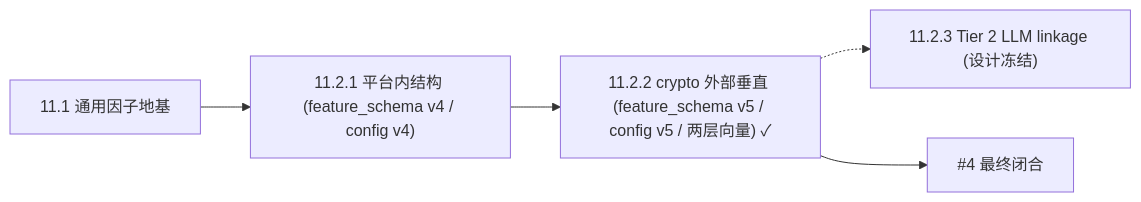
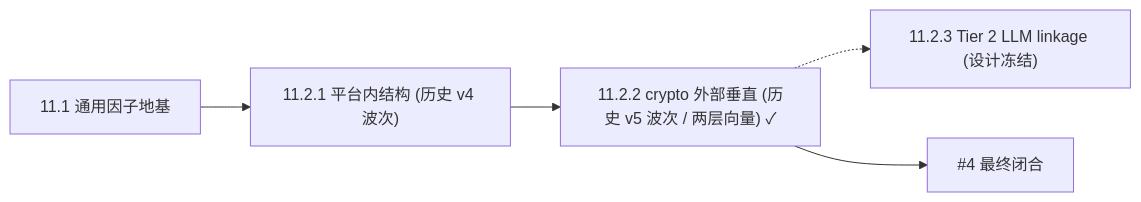
Before and after one commit to solomon-ssy/oxide-arb: the diagram in docs/plans/quant-pivot/phase-11/11.2-polymarket-vertical-alpha.md, drawn with Mermaid. The commit also changed other lines of this file and 463 other files, not shown here.

````diff
--- a/docs/plans/quant-pivot/phase-11/11.2-polymarket-vertical-alpha.md
+++ b/docs/plans/quant-pivot/phase-11/11.2-polymarket-vertical-alpha.md
@@ -27,7 +31,7 @@
 ```mermaid
 flowchart LR
-  P111["11.1 通用因子地基"] --> P1121["11.2.1 平台内结构 (feature_schema v4 / config v4)"]
-  P1121 --> P1122["11.2.2 crypto 外部垂直 (feature_schema v5 / config v5 / 两层向量) ✓"]
+  P111["11.1 通用因子地基"] --> P1121["11.2.1 平台内结构 (历史 v4 波次)"]
+  P1121 --> P1122["11.2.2 crypto 外部垂直 (历史 v5 波次 / 两层向量) ✓"]
   P1122 -.-> P1123["11.2.3 Tier 2 LLM linkage (设计冻结)"]
   P1122 --> DONE["#4 最终闭合"]
 ```
````
